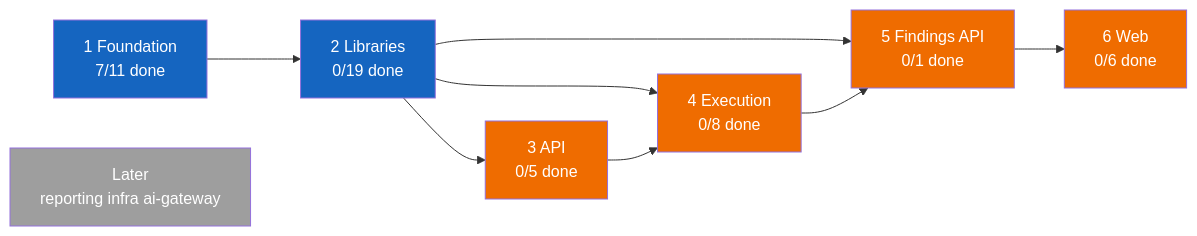
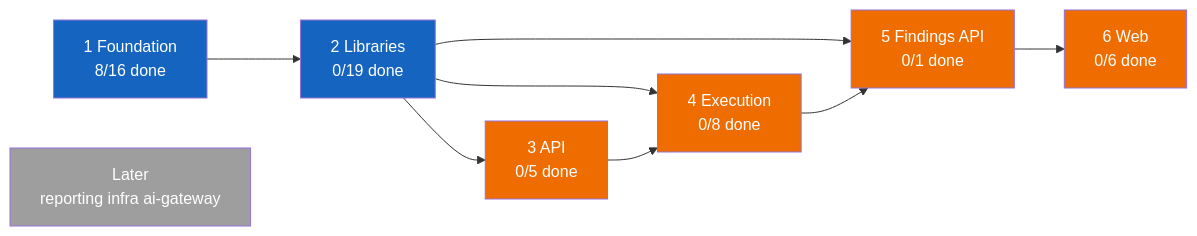
The first of 2 diagrams in PROGRESS.md (vulcanflow/docs), drawn with Mermaid before and after one commit. The commit also changed other lines of this file and 1 other file, not shown here.

````diff
--- a/PROGRESS.md
+++ b/PROGRESS.md
@@ -24,31 +24,31 @@
 ```mermaid
 flowchart LR
-  P1["1 Foundation<br/>7/11 done"]
+  P1["1 Foundation<br/>8/16 done"]
   P2["2 Libraries<br/>0/19 done"]
   P3["3 API<br/>0/5 done"]
   P4["4 Execution<br/>0/8 done"]
   P5["5 Findings API<br/>0/1 done"]
   P6["6 Web<br/>0/6 done"]
   L["Later<br/>reporting infra ai-gateway"]
 
   P1 --> P2
   P2 --> P3
   P2 --> P4
   P3 --> P4
   P2 --> P5
   P4 --> P5
   P5 --> P6
 
   classDef done fill:#2e7d32,color:#fff
   classDef active fill:#1565c0,color:#fff
   classDef held fill:#9e9e9e,color:#fff
   classDef blocked fill:#ef6c00,color:#fff
 
   class P1 active
   class P2 active
   class P3 blocked
   class P4 blocked
   class P5 blocked
   class P6 blocked
   class L held
 ```
````
